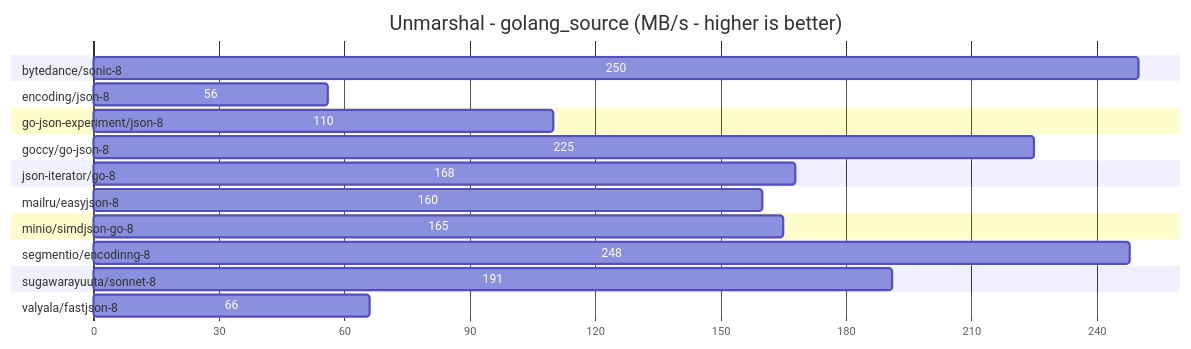
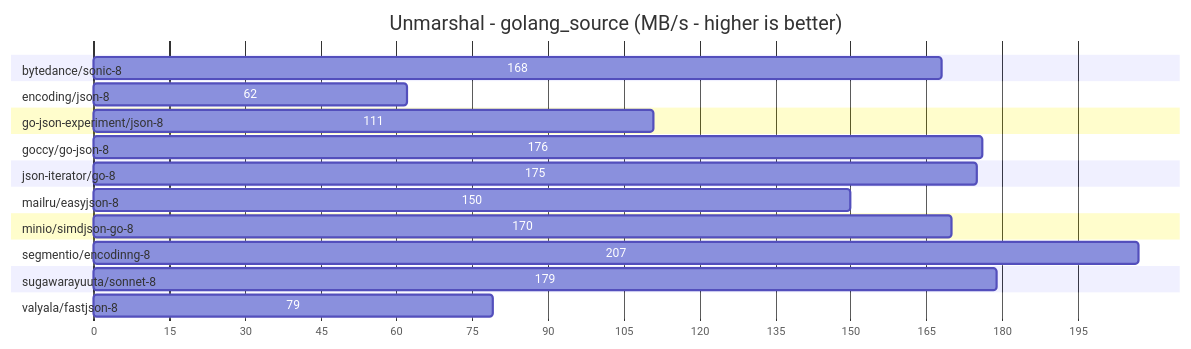
Before and after one commit to spywiree-priv/go-json-benchmark: the ninth of 12 diagrams in README.md, drawn with Mermaid. The commit also changed other lines of this file and 2 other files, not shown here.

````diff
--- a/README.md
+++ b/README.md
@@ -213,27 +213,27 @@
 ```mermaid
 gantt
 title Unmarshal - golang_source (MB/s - higher is better)
 dateFormat X
 axisFormat %s
 
 section bytedance/sonic-8                 
-250 :0, 250
+168 :0, 168
 section encoding/json-8                   
-56 :0, 56
+62 :0, 62
 section go-json-experiment/json-8         
-110 :0, 110
+111 :0, 111
 section goccy/go-json-8                   
-225 :0, 225
+176 :0, 176
 section json-iterator/go-8                
-168 :0, 168
+175 :0, 175
 section mailru/easyjson-8                 
-160 :0, 160
+150 :0, 150
 section minio/simdjson-go-8               
-165 :0, 165
+170 :0, 170
 section segmentio/encodinng-8             
-248 :0, 248
+207 :0, 207
 section sugawarayuuta/sonnet-8            
-191 :0, 191
+179 :0, 179
 section valyala/fastjson-8                
-66 :0, 66
+79 :0, 79
 ```
````
